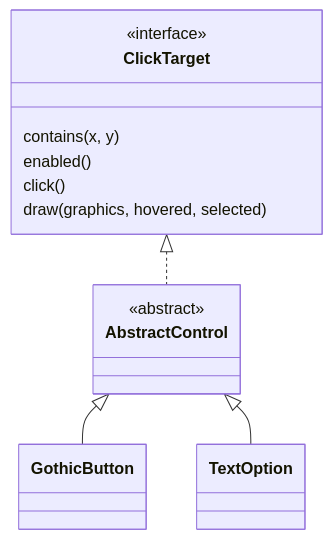
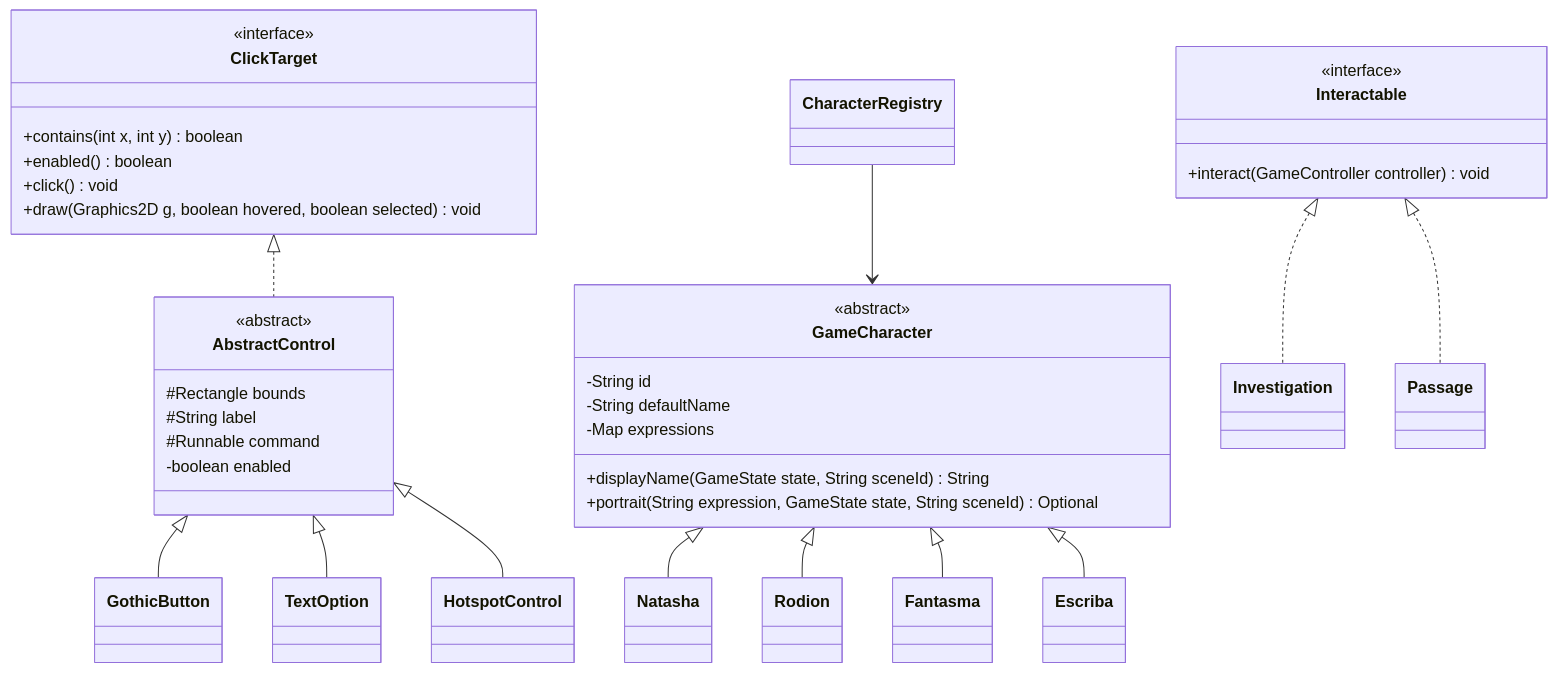
One commit to FelipeNRamalho/a-biblioteca-das-almas-java changed the second of 2 diagrams in docs/arquitetura-e-poo.md. Above: the diagram before and after it, drawn with Mermaid. The commit also changed other lines of this file and 9 other files, not shown here.

````diff
--- a/docs/arquitetura-e-poo.md
+++ b/docs/arquitetura-e-poo.md
@@ -86,16 +58,40 @@
 ```mermaid
 classDiagram
     class ClickTarget {
         <<interface>>
-        contains(x, y)
-        enabled()
-        click()
-        draw(graphics, hovered, selected)
+        +contains(int x, int y) boolean
+        +enabled() boolean
+        +click() void
+        +draw(Graphics2D g, boolean hovered, boolean selected) void
     }
     class AbstractControl {
         <<abstract>>
+        #Rectangle bounds
+        #String label
+        #Runnable command
+        -boolean enabled
     }
     ClickTarget <|.. AbstractControl
     AbstractControl <|-- GothicButton
     AbstractControl <|-- TextOption
+    AbstractControl <|-- HotspotControl
+    class GameCharacter {
+        <<abstract>>
+        -String id
+        -String defaultName
+        -Map expressions
+        +displayName(GameState state, String sceneId) String
+        +portrait(String expression, GameState state, String sceneId) Optional
+    }
+    GameCharacter <|-- Natasha
+    GameCharacter <|-- Rodion
+    GameCharacter <|-- Fantasma
+    GameCharacter <|-- Escriba
+    CharacterRegistry --> GameCharacter
+    class Interactable {
+        <<interface>>
+        +interact(GameController controller) void
+    }
+    Interactable <|.. Investigation
+    Interactable <|.. Passage
 ```
````
